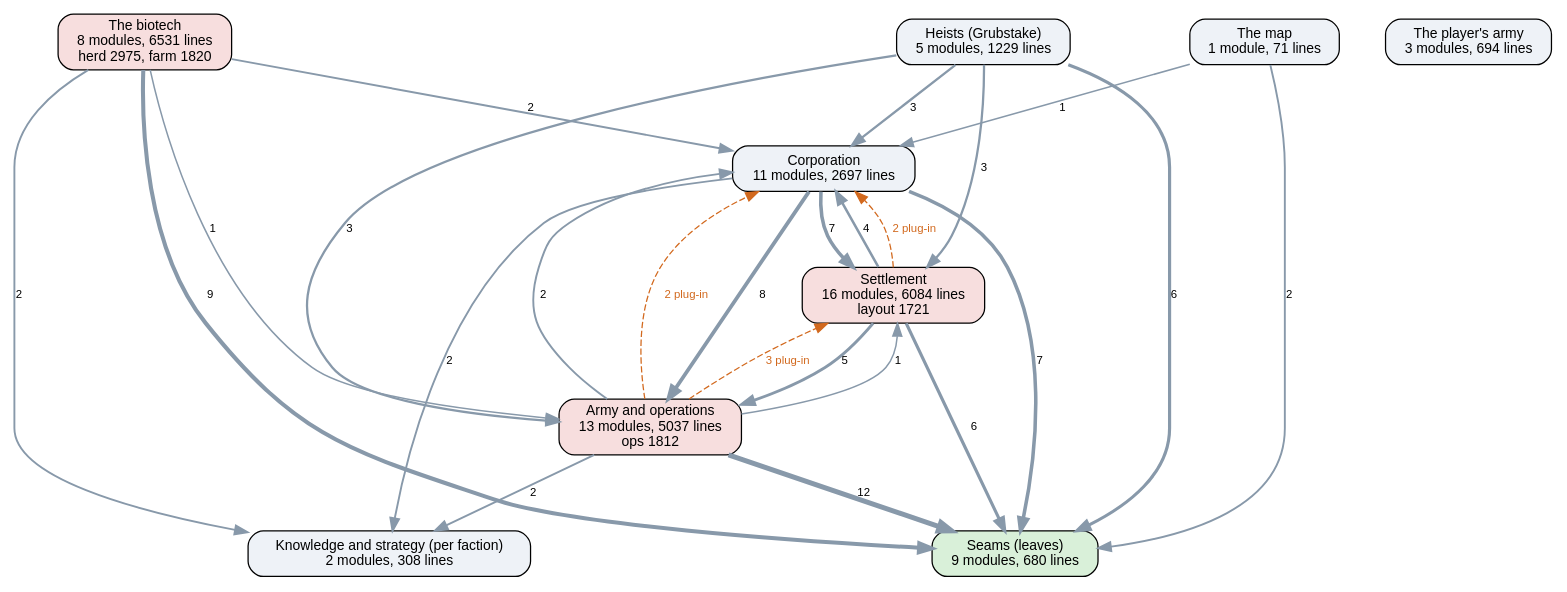
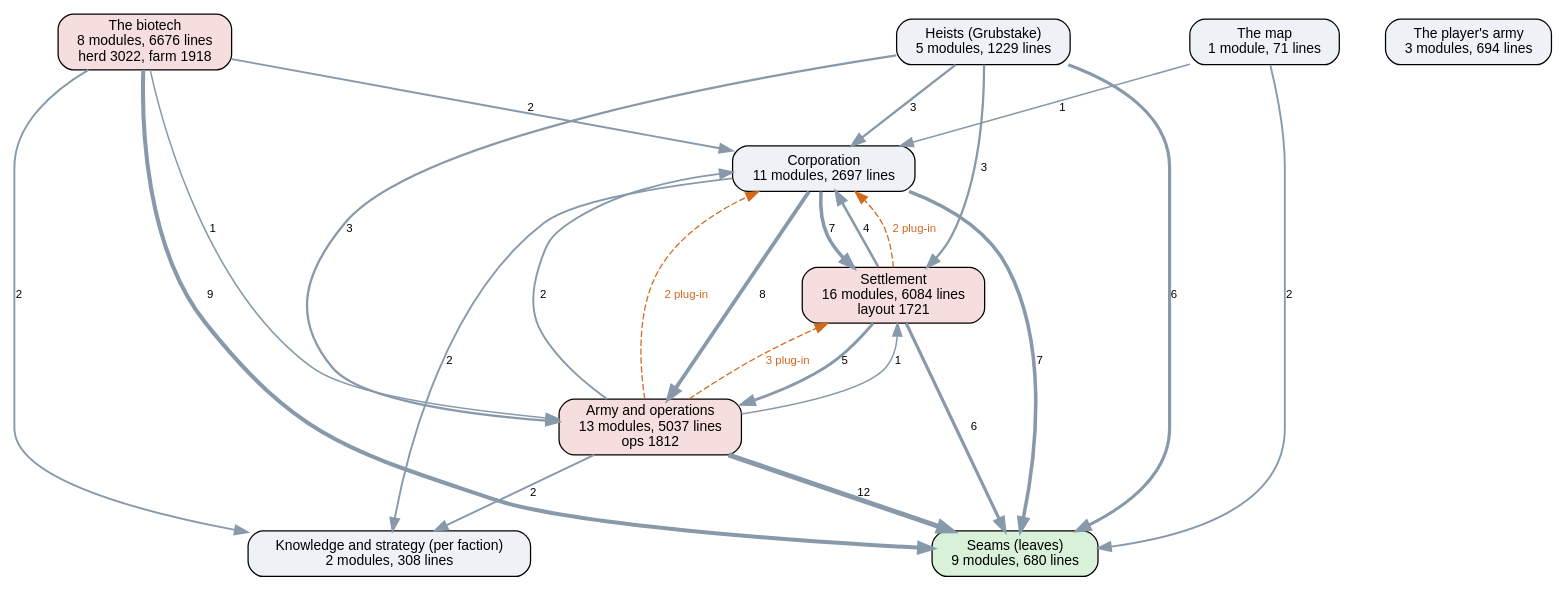
One commit to kinelhu/landing-party changed the diagram in docs/ai-layers.dot. Above: the diagram before and after it, drawn with Graphviz. The commit also changed 10 other files, not shown here.

```diff
--- a/docs/ai-layers.dot
+++ b/docs/ai-layers.dot
@@ -1,38 +1,38 @@
 digraph layers {
   graph [rankdir=TB, fontname="Helvetica", nodesep=0.5, ranksep=0.7];
   node [shape=box, style="rounded,filled", fontname="Helvetica", fontsize=11, fillcolor="#eef2f7"];
   edge [color="#8899aa", fontname="Helvetica", fontsize=9];
   "Seams (leaves)" [label="Seams (leaves)\n9 modules, 680 lines", fillcolor="#d9f0d9"];
   "Knowledge and strategy (per faction)" [label="Knowledge and strategy (per faction)\n2 modules, 308 lines", fillcolor="#eef2f7"];
   "Corporation" [label="Corporation\n11 modules, 2697 lines", fillcolor="#eef2f7"];
   "Settlement" [label="Settlement\n16 modules, 6084 lines\nlayout 1721", fillcolor="#f7dede"];
   "Army and operations" [label="Army and operations\n13 modules, 5037 lines\nops 1812", fillcolor="#f7dede"];
   "Heists (Grubstake)" [label="Heists (Grubstake)\n5 modules, 1229 lines", fillcolor="#eef2f7"];
-  "The biotech" [label="The biotech\n8 modules, 6531 lines\nherd 2975, farm 1820", fillcolor="#f7dede"];
+  "The biotech" [label="The biotech\n8 modules, 6676 lines\nherd 3022, farm 1918", fillcolor="#f7dede"];
   "The map" [label="The map\n1 module, 71 lines", fillcolor="#eef2f7"];
   "The player's army" [label="The player's army\n3 modules, 694 lines", fillcolor="#eef2f7"];
   "Army and operations" -> "Corporation" [label="2", penwidth=1.5];
   "Army and operations" -> "Knowledge and strategy (per faction)" [label="2", penwidth=1.5];
   "Army and operations" -> "Seams (leaves)" [label="12", penwidth=4.0];
   "Army and operations" -> "Settlement" [label="1", penwidth=1.2];
   "Corporation" -> "Army and operations" [label="8", penwidth=3.0];
   "Corporation" -> "Knowledge and strategy (per faction)" [label="2", penwidth=1.5];
   "Corporation" -> "Seams (leaves)" [label="7", penwidth=2.8];
   "Corporation" -> "Settlement" [label="7", penwidth=2.8];
   "Heists (Grubstake)" -> "Army and operations" [label="3", penwidth=1.8];
   "Heists (Grubstake)" -> "Corporation" [label="3", penwidth=1.8];
   "Heists (Grubstake)" -> "Seams (leaves)" [label="6", penwidth=2.5];
   "Heists (Grubstake)" -> "Settlement" [label="3", penwidth=1.8];
   "Settlement" -> "Army and operations" [label="5", penwidth=2.2];
   "Settlement" -> "Corporation" [label="4", penwidth=2.0];
   "Settlement" -> "Seams (leaves)" [label="6", penwidth=2.5];
   "The biotech" -> "Army and operations" [label="1", penwidth=1.2];
   "The biotech" -> "Corporation" [label="2", penwidth=1.5];
   "The biotech" -> "Knowledge and strategy (per faction)" [label="2", penwidth=1.5];
   "The biotech" -> "Seams (leaves)" [label="9", penwidth=3.2];
   "The map" -> "Corporation" [label="1", penwidth=1.2];
   "The map" -> "Seams (leaves)" [label="2", penwidth=1.5];
   "Army and operations" -> "Corporation" [style=dashed, color="#d2691e", fontcolor="#d2691e", label="2 plug-in"];
   "Army and operations" -> "Settlement" [style=dashed, color="#d2691e", fontcolor="#d2691e", label="3 plug-in"];
   "Settlement" -> "Corporation" [style=dashed, color="#d2691e", fontcolor="#d2691e", label="2 plug-in"];
 }
```
